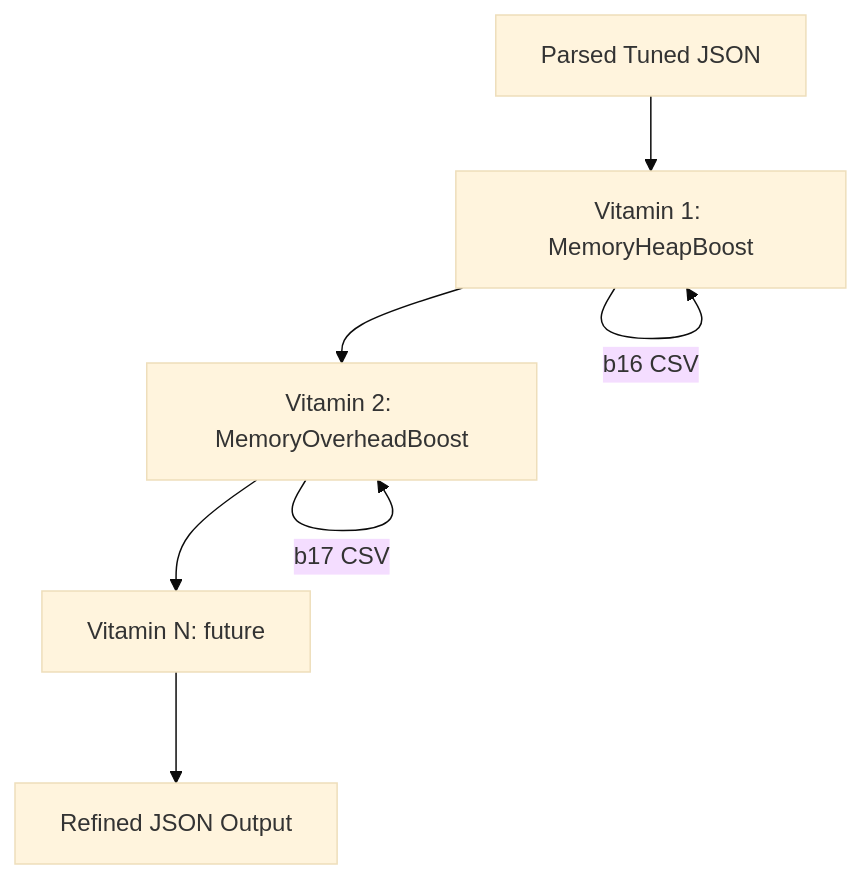
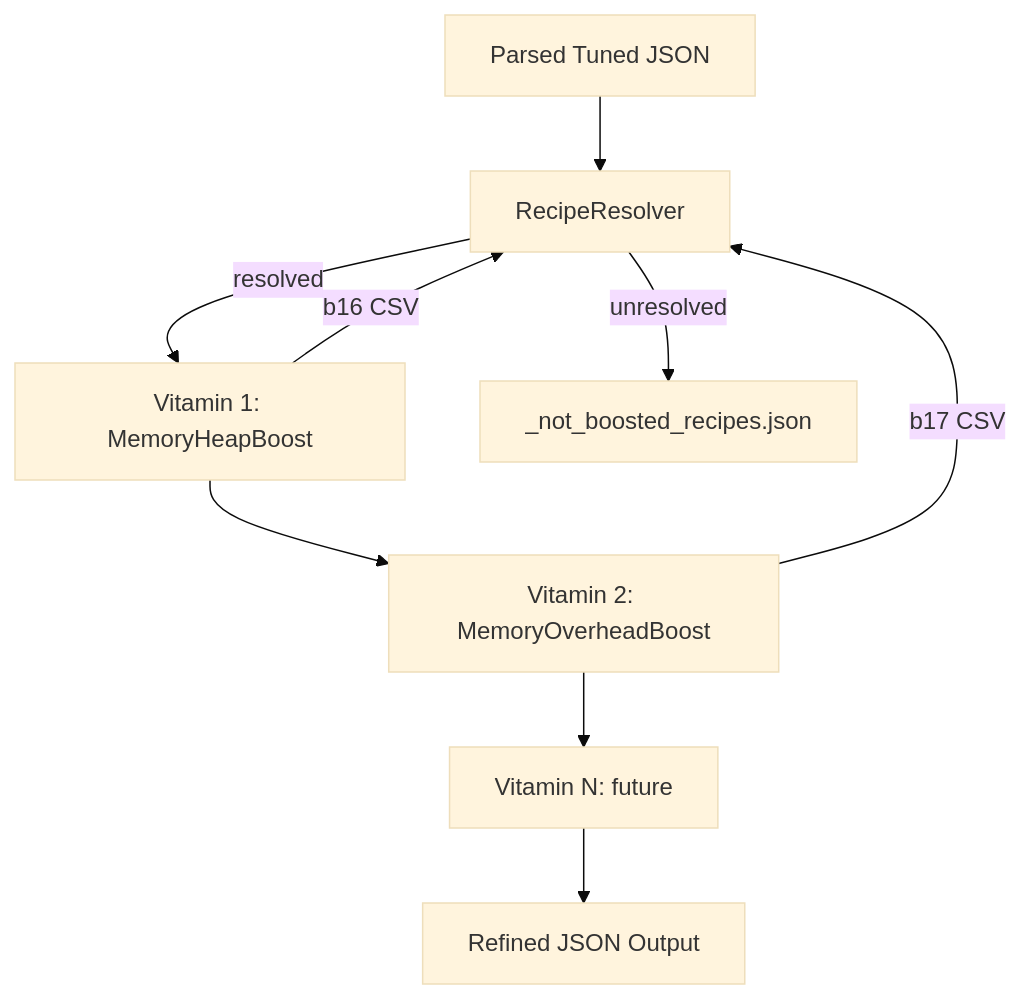
Before and after one commit to albertols/spark-cluster-job-tuner: the second of 3 diagrams in src/main/scala/com/db/serna/orchestration/cluster_tuning/refinement/_REFINEMENT.md, drawn with Mermaid (base theme). The commit also changed other lines of this file and 4 other files, not shown here.

Commit message:
adds ClusterMachineAndRecipeTunerRefinementSpec + UnresolvedEntry

````diff
--- a/src/main/scala/com/db/serna/orchestration/cluster_tuning/refinement/_REFINEMENT.md
+++ b/src/main/scala/com/db/serna/orchestration/cluster_tuning/refinement/_REFINEMENT.md
@@ -37,10 +38,12 @@
 ```mermaid
 flowchart TD
-    A[Parsed Tuned JSON] --> B[Vitamin 1: MemoryHeapBoost]
+    A[Parsed Tuned JSON] --> R[RecipeResolver]
+    R -- resolved --> B[Vitamin 1: MemoryHeapBoost]
+    R -- unresolved --> U["_not_boosted_recipes.json"]
     B --> C[Vitamin 2: MemoryOverheadBoost]
     C --> D[Vitamin N: future]
     D --> E[Refined JSON Output]
 
-    B -- "b16 CSV" --> B
-    C -- "b17 CSV" --> C
+    B -- "b16 CSV" --> R
+    C -- "b17 CSV" --> R
 ```
````
